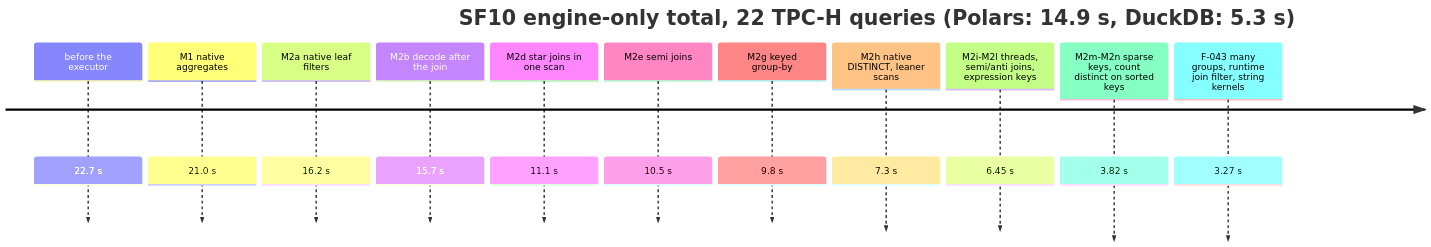
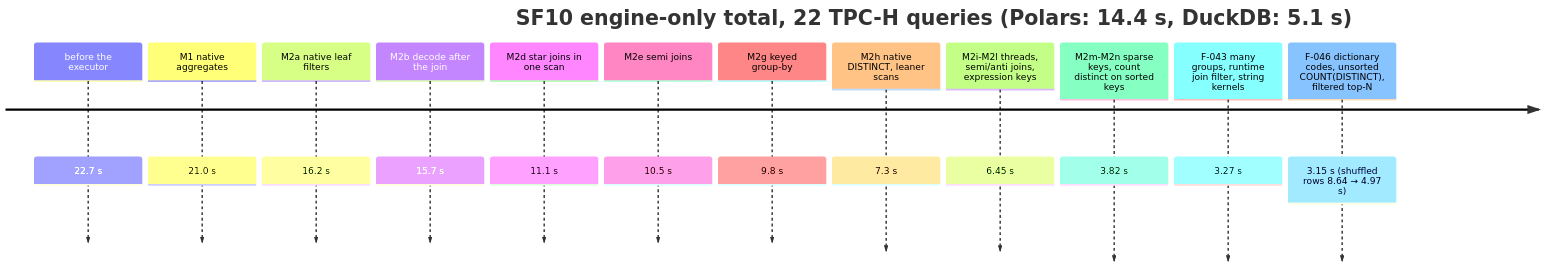
Before and after one commit to abhisheksreesaila/mxframe: the second of 5 diagrams in docs/optimizations.md, drawn with Mermaid. The commit also changed other lines of this file and 19 other files, not shown here.

First line of the commit message:
F-046: release numbers on one build, quiet machine (m2s); README, optimizations.md (F-046 section, where it stands), RELEASE_NOTES_0.6.0.md, charts

````diff
--- a/docs/optimizations.md
+++ b/docs/optimizations.md
@@ -50,15 +51,16 @@
 ```mermaid
 timeline
-    title SF10 engine-only total, 22 TPC-H queries (Polars: 14.9 s, DuckDB: 5.3 s)
+    title SF10 engine-only total, 22 TPC-H queries (Polars: 14.4 s, DuckDB: 5.1 s)
     before the executor : 22.7 s
     M1 native aggregates : 21.0 s
     M2a native leaf filters : 16.2 s
     M2b decode after the join : 15.7 s
     M2d star joins in one scan : 11.1 s
     M2e semi joins : 10.5 s
     M2g keyed group-by : 9.8 s
     M2h native DISTINCT, leaner scans : 7.3 s
     M2i-M2l threads, semi/anti joins, expression keys : 6.45 s
     M2m-M2n sparse keys, count distinct on sorted keys : 3.82 s
     F-043 many groups, runtime join filter, string kernels : 3.27 s
+    F-046 dictionary codes, unsorted COUNT(DISTINCT), filtered top-N : 3.15 s (shuffled rows 8.64 → 4.97 s)
 ```
````
